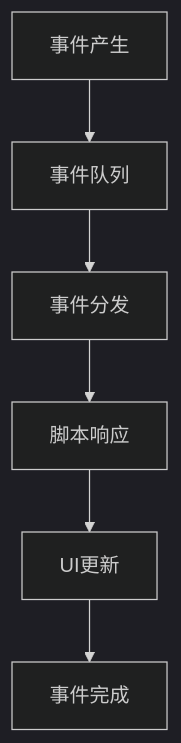
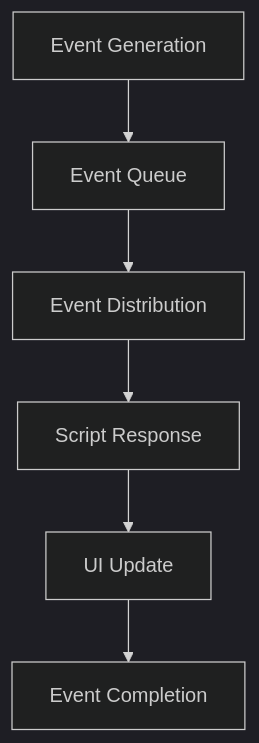
Before and after one commit to fossabot/ElenixOS-Docs: the diagram in i18n/en/docusaurus-plugin-content-docs/current/architecture/runtime.mdx, drawn with Mermaid (dark theme). The commit also changed other lines of this file and 38 other files, not shown here.

````diff
--- a/i18n/en/docusaurus-plugin-content-docs/current/architecture/runtime.mdx
+++ b/i18n/en/docusaurus-plugin-content-docs/current/architecture/runtime.mdx
@@ -53,8 +53,8 @@
 ```mermaid
 flowchart TD
-    A[事件产生] --> B[事件队列]
-    B --> C[事件分发]
-    C --> D[脚本响应]
-    D --> E[UI更新]
-    E --> F[事件完成]
+    A[Event Generation] --> B[Event Queue]
+    B --> C[Event Distribution]
+    C --> D[Script Response]
+    D --> E[UI Update]
+    E --> F[Event Completion]
 ```
````
